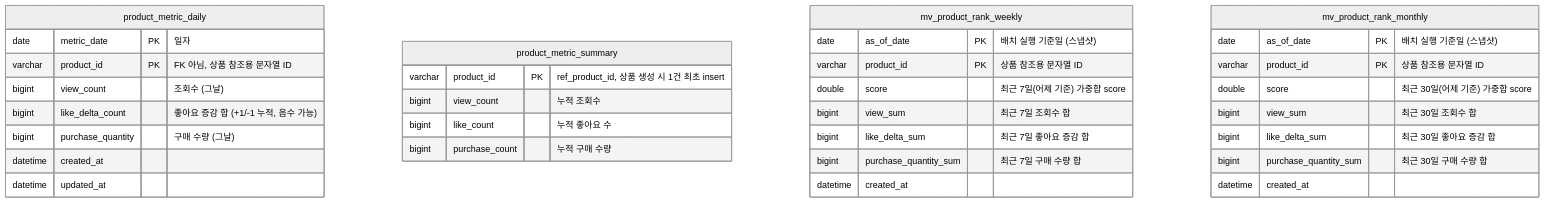
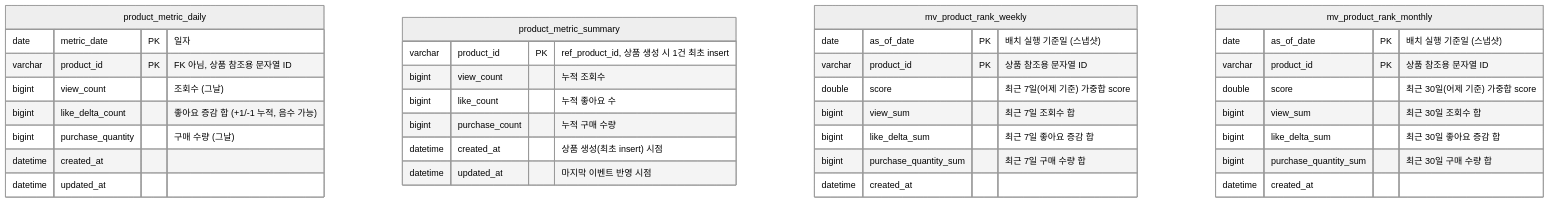
The first of 4 diagrams in docs/domain/ranking_mv_batch/02-diagrams.md (Hangju0610/loop-pack-be-l2-vol4-java), drawn with Mermaid (neutral theme) before and after one commit. The commit also changed 1 other file, not shown here.

Commit message:
docs(ranking): clarify audit columns and product-delete handling for metrics
- product_metric_summary/daily 는 BaseJpaEntity 미상속이라 deleted_at 불필요,
  created_at/updated_at 은 엔티티에서 직접 관리하기로 결정
- 상품 삭제 시 메트릭은 cascade 삭제하지 않고 조회 시점에 skip
  (기존 랭킹 도메인의 결손 상품 skip 정책과 동일)

````diff
--- a/docs/domain/ranking_mv_batch/02-diagrams.md
+++ b/docs/domain/ranking_mv_batch/02-diagrams.md
@@ -8,39 +8,41 @@
 ```mermaid
 erDiagram
     product_metric_daily {
         date metric_date PK "일자"
         varchar product_id PK "FK 아님, 상품 참조용 문자열 ID"
         bigint view_count "조회수 (그날)"
         bigint like_delta_count "좋아요 증감 합 (+1/-1 누적, 음수 가능)"
         bigint purchase_quantity "구매 수량 (그날)"
         datetime created_at
         datetime updated_at
     }
 
     product_metric_summary {
         varchar product_id PK "ref_product_id, 상품 생성 시 1건 최초 insert"
         bigint view_count "누적 조회수"
         bigint like_count "누적 좋아요 수"
         bigint purchase_count "누적 구매 수량"
+        datetime created_at "상품 생성(최초 insert) 시점"
+        datetime updated_at "마지막 이벤트 반영 시점"
     }
 
     mv_product_rank_weekly {
         date as_of_date PK "배치 실행 기준일 (스냅샷)"
         varchar product_id PK "상품 참조용 문자열 ID"
         double score "최근 7일(어제 기준) 가중합 score"
         bigint view_sum "최근 7일 조회수 합"
         bigint like_delta_sum "최근 7일 좋아요 증감 합"
         bigint purchase_quantity_sum "최근 7일 구매 수량 합"
         datetime created_at
     }
 
     mv_product_rank_monthly {
         date as_of_date PK "배치 실행 기준일 (스냅샷)"
         varchar product_id PK "상품 참조용 문자열 ID"
         double score "최근 30일(어제 기준) 가중합 score"
         bigint view_sum "최근 30일 조회수 합"
         bigint like_delta_sum "최근 30일 좋아요 증감 합"
         bigint purchase_quantity_sum "최근 30일 구매 수량 합"
         datetime created_at
     }
 ```
````
